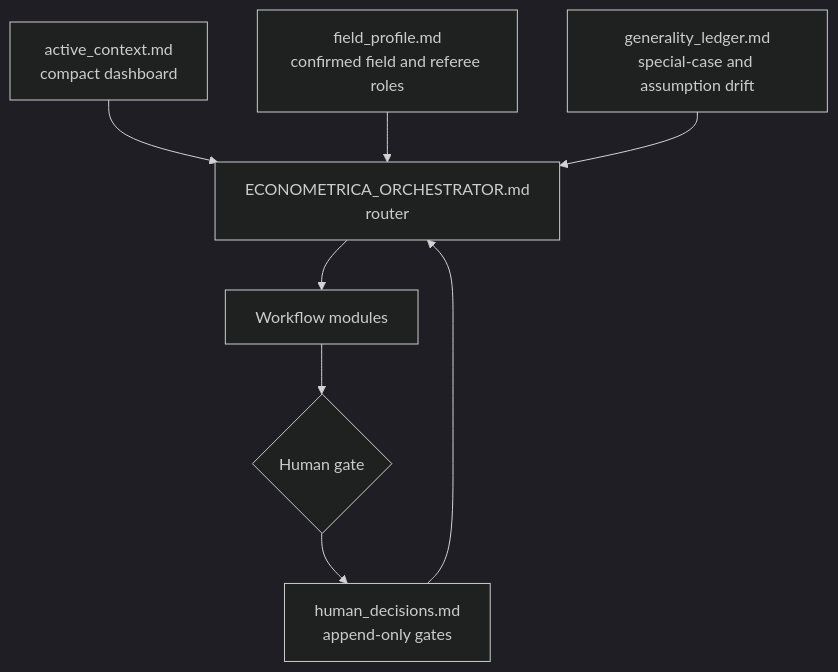
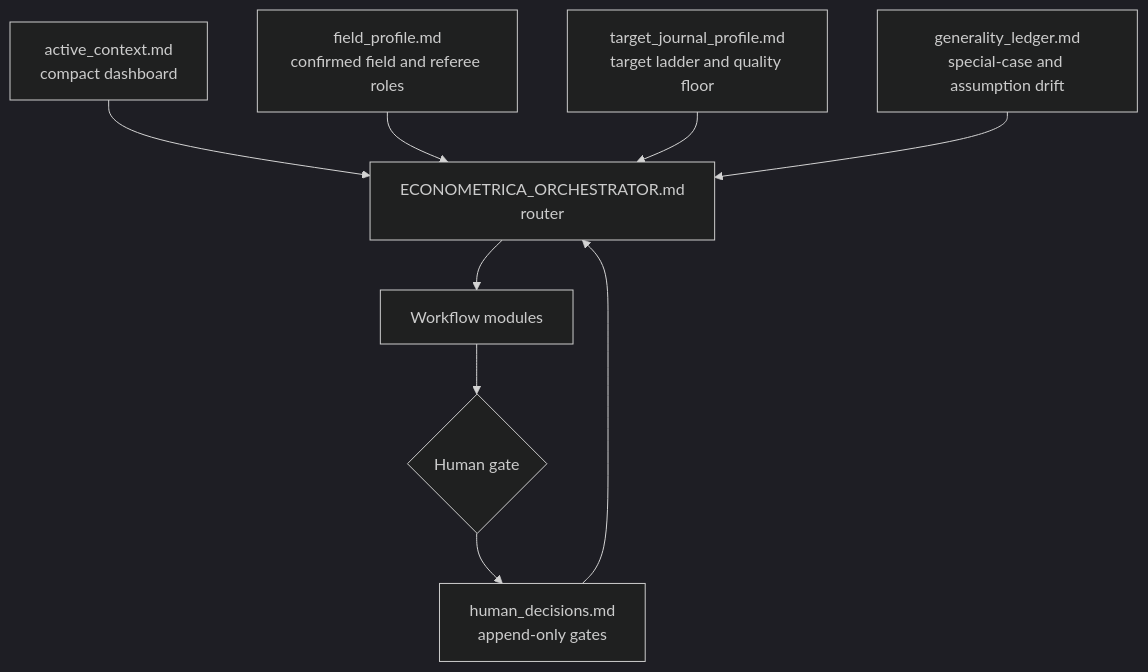
The second of 2 diagrams in README.md (viplee110/econ-theorist-ai), drawn with Mermaid (dark theme) before and after one commit. The commit also changed other lines of this file and 6 other files, not shown here.

Commit message:
Add target journal profile workflow

````diff
--- a/README.md
+++ b/README.md
@@ -41,10 +47,11 @@
 ```mermaid
 flowchart TD
     AC["active_context.md<br/>compact dashboard"] --> OR["ECONOMETRICA_ORCHESTRATOR.md<br/>router"]
     HD["human_decisions.md<br/>append-only gates"] --> OR
     FP["field_profile.md<br/>confirmed field and referee roles"] --> OR
+    TJ["target_journal_profile.md<br/>target ladder and quality floor"] --> OR
     GL["generality_ledger.md<br/>special-case and assumption drift"] --> OR
     OR --> WG["Workflow modules"]
     WG --> HP{"Human gate"}
     HP --> HD
 ```
````
